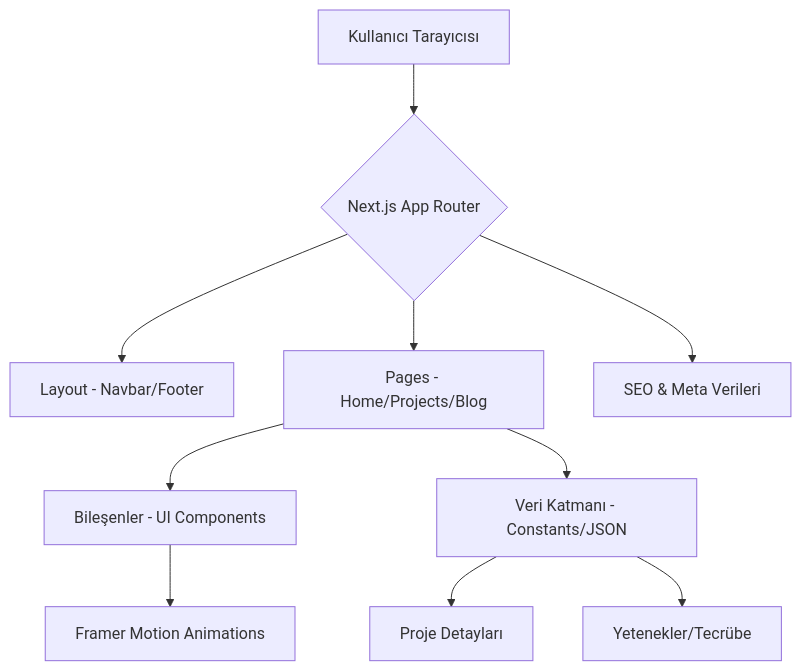
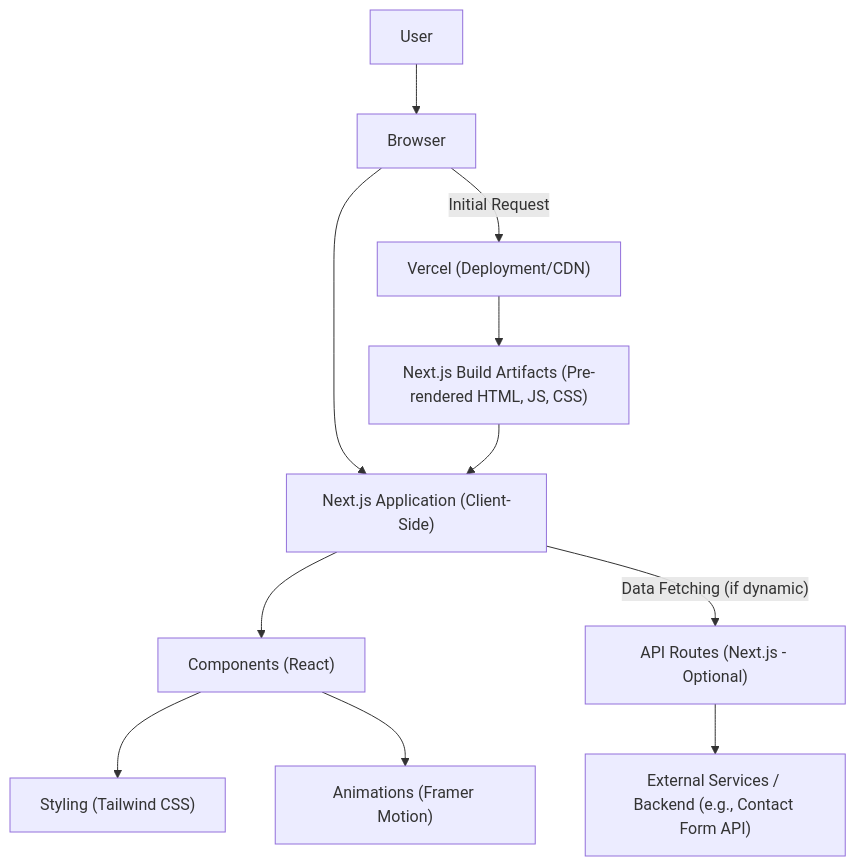
One commit to Can-Ozan/Devportfolio changed the diagram in README.md. Above: the diagram before and after it, drawn with Mermaid. The commit also changed other lines of this file, not shown here.

````diff
--- a/README.md
+++ b/README.md
@@ -55,12 +142,13 @@
 ```mermaid
 graph TD
-    A[Kullanıcı Tarayıcısı] --> B{Next.js App Router}
-    B --> C[Layout - Navbar/Footer]
-    B --> D[Pages - Home/Projects/Blog]
-    D --> E[Bileşenler - UI Components]
-    E --> F[Framer Motion Animations]
-    D --> G[Veri Katmanı - Constants/JSON]
-    G --> H[Proje Detayları]
-    G --> I[Yetenekler/Tecrübe]
-    B --> J[SEO & Meta Verileri]
+    A["User"] --> B["Browser"]
+    B --> C["Next.js Application (Client-Side)"]
+    C --> D["Components (React)"]
+    D --> E["Styling (Tailwind CSS)"]
+    D --> F["Animations (Framer Motion)"]
+    C -- "Data Fetching (if dynamic)" --> G["API Routes (Next.js - Optional)"]
+    G --> H["External Services / Backend (e.g., Contact Form API)"]
+    B -- "Initial Request" --> I["Vercel (Deployment/CDN)"]
+    I --> J["Next.js Build Artifacts (Pre-rendered HTML, JS, CSS)"]
+    J --> C
 ```
````
